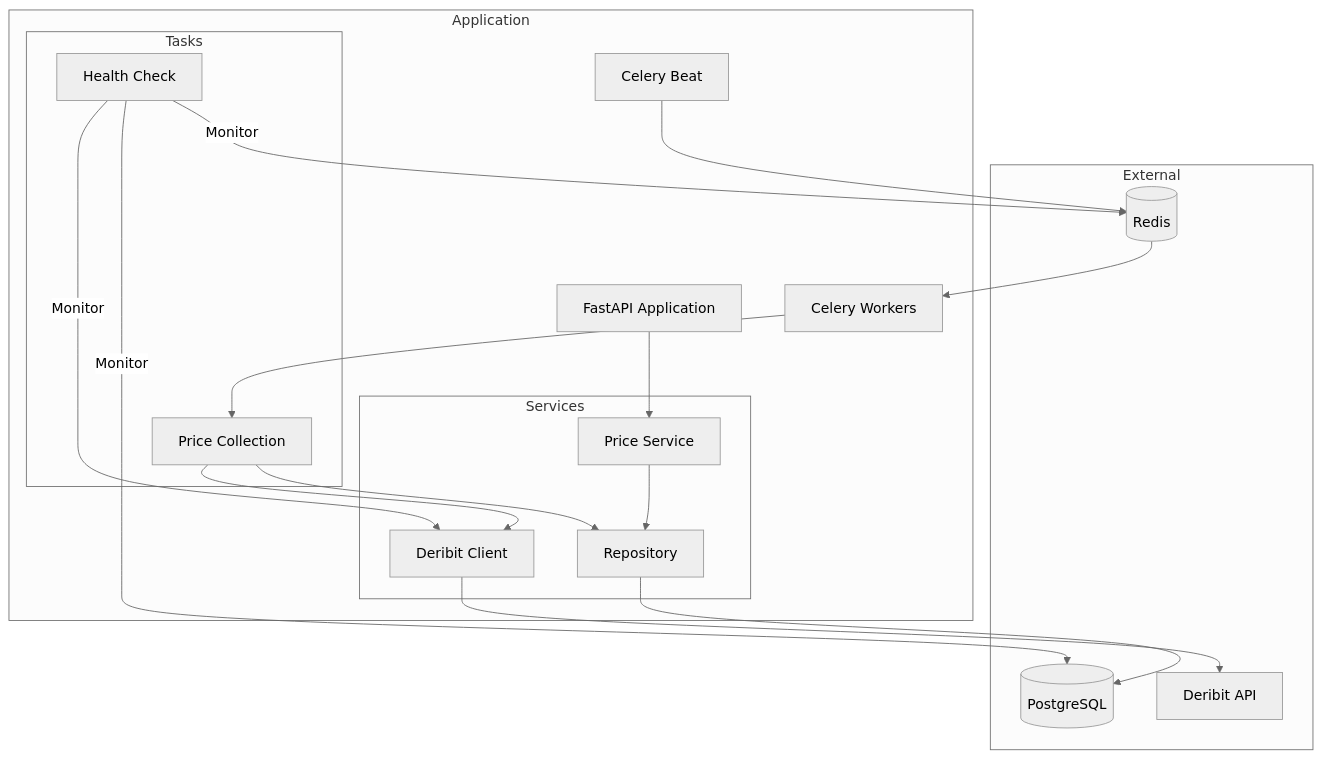
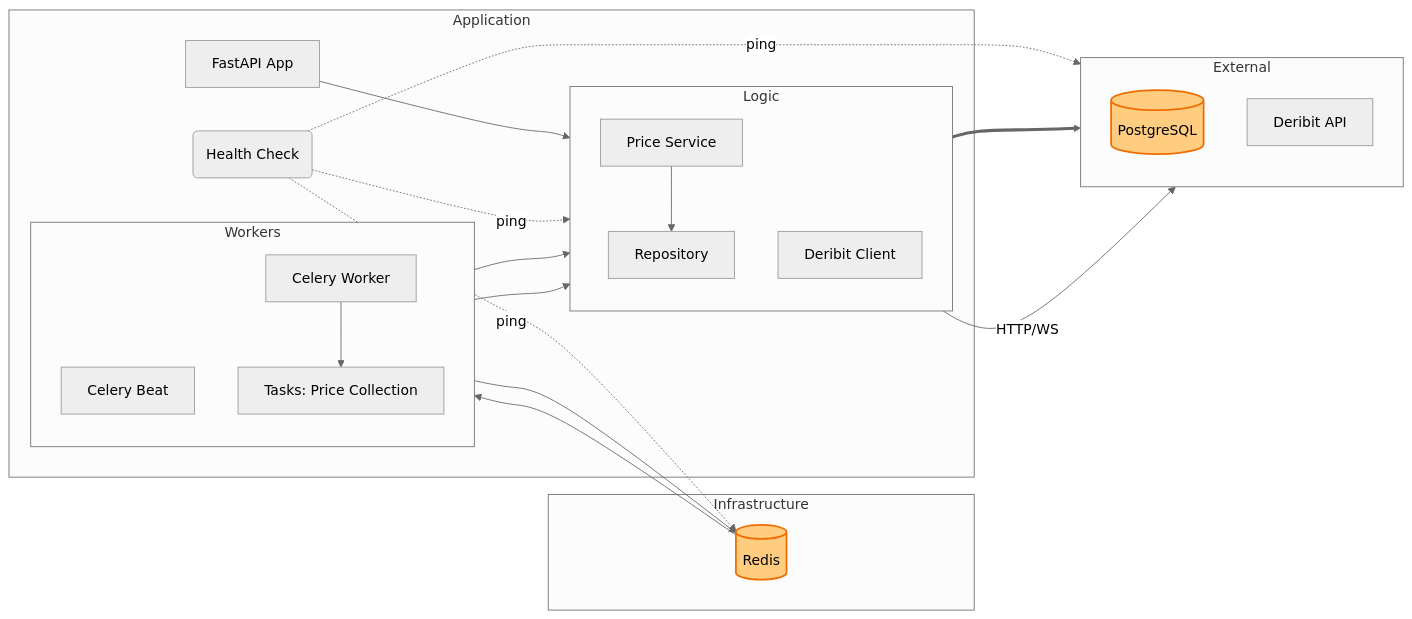
One commit to script-logic/deribit-tracker changed the first of 2 diagrams in README.md. Above: the diagram before and after it, drawn with Mermaid (neutral theme). The commit also changed other lines of this file and 2 other files, not shown here.

````diff
--- a/README.md
+++ b/README.md
@@ -88,40 +88,52 @@
 ```mermaid
-flowchart TB
+flowchart LR
+    %% --- Стилизация ---
+    classDef db fill:#ffcc80,stroke:#ef6c00,color:black,stroke-width:2px;
+
+    %% --- Узлы ---
     subgraph External
-        DB[(PostgreSQL)]
-        Redis[(Redis)]
-        Deribit[Deribit API]
+        direction TB
+        DB[(PostgreSQL)]:::db
+        Deribit[Deribit API]:::ext
+    end
+
+    subgraph Infrastructure
+        Redis[(Redis)]:::db
     end
 
     subgraph Application
-        API[FastAPI Application]
-        Celery[Celery Workers]
-        Beat[Celery Beat]
+        API[FastAPI App]:::app
 
-        subgraph Services
-            PS[Price Service]
-            Rep[Repository]
-            Client[Deribit Client]
+        subgraph Logic
+            direction TB
+            PS[Price Service]:::app
+            Rep[Repository]:::app
+            Client[Deribit Client]:::app
         end
 
-        subgraph Tasks
-            PC[Price Collection]
-            HC[Health Check]
+        subgraph Workers
+            direction TB
+            Beat[Celery Beat]:::task
+            Celery[Celery Worker]:::task
+            PC[Tasks: Price Collection]:::task
         end
+
+        HC(Health Check):::task
     end
 
-    Client --> Deribit
     API --> PS
     PS --> Rep
-    Rep --> DB
+    Rep ==> DB
 
+    Beat --> Redis
+    Redis --> Celery
     Celery --> PC
     PC --> Client
     PC --> Rep
-    Beat --> Redis
-    Redis --> Celery
 
-    HC --> |Monitor| Client
-    HC --> |Monitor| DB
-    HC --> |Monitor| Redis
+    Client -- HTTP/WS --> Deribit
+
+    HC -.-> |ping| Client
+    HC -.-> |ping| DB
+    HC -.-> |ping| Redis
 ```
````
